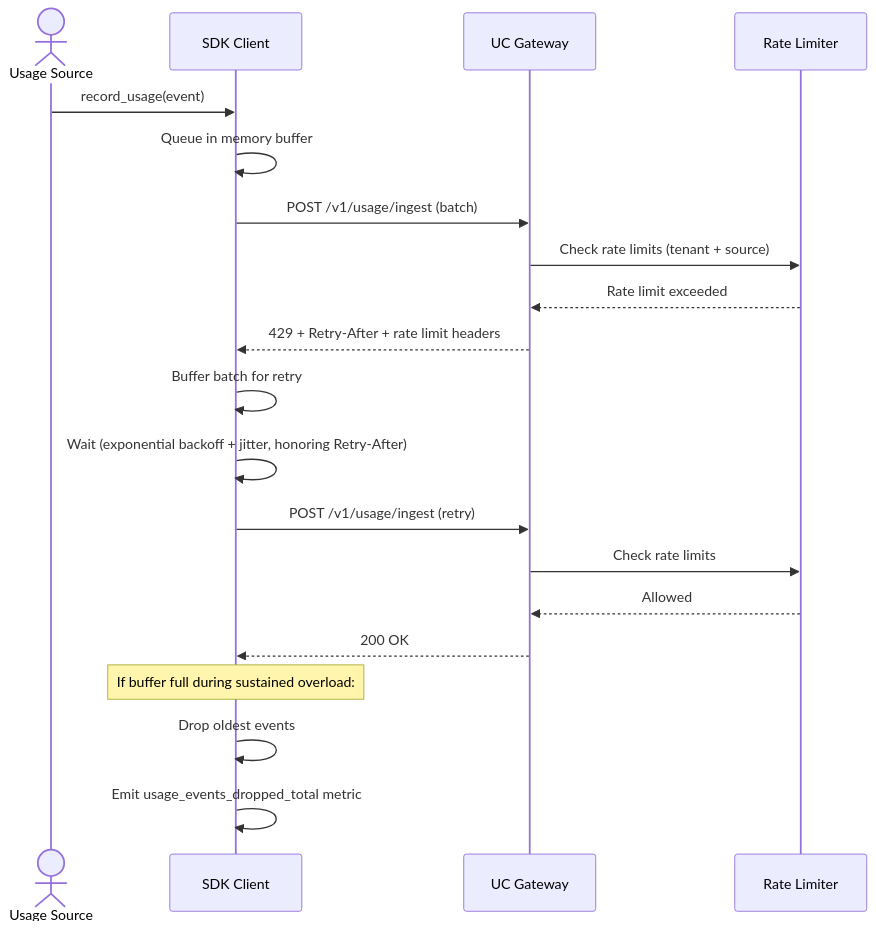
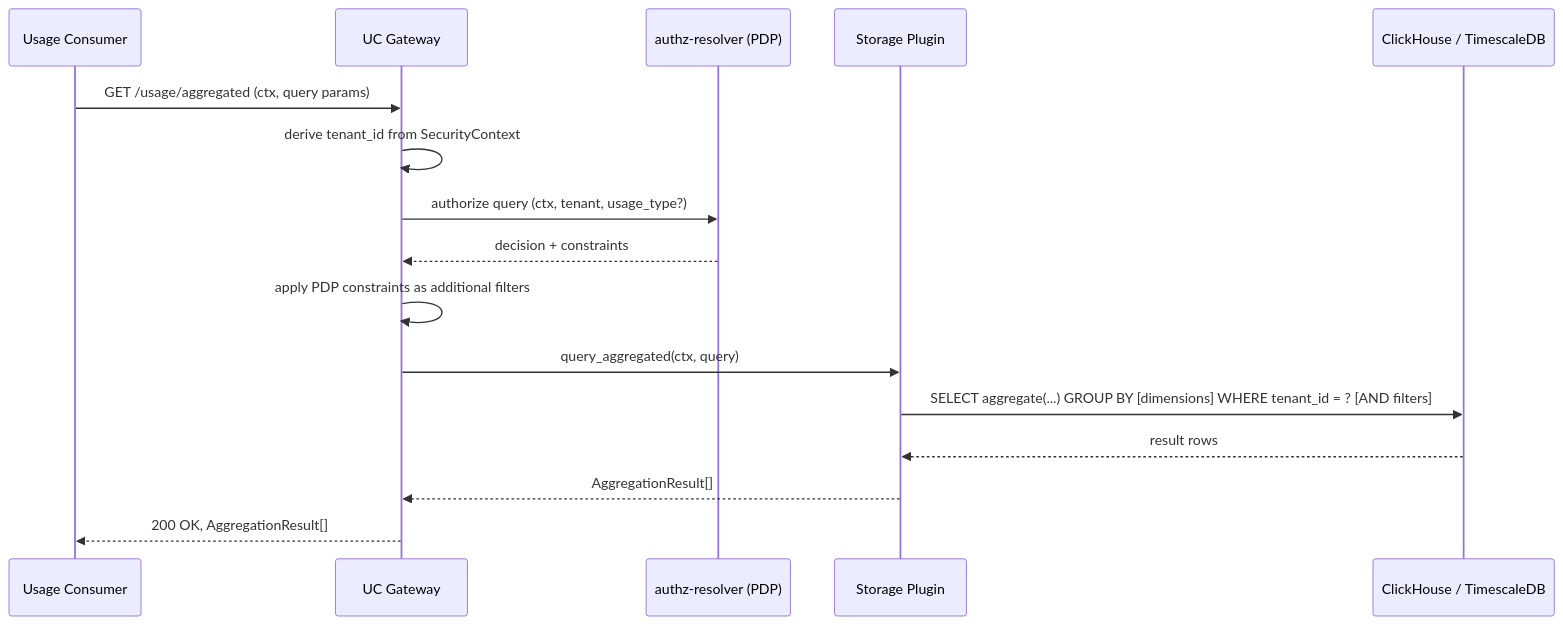
Before and after one commit to capybutler/cyberfabric-core: the third of 7 diagrams in modules/system/usage-collector/docs/DESIGN.md, drawn with Mermaid. The commit also changed other lines of this file and 5 other files, not shown here.

````diff
--- a/modules/system/usage-collector/docs/DESIGN.md
+++ b/modules/system/usage-collector/docs/DESIGN.md
@@ -421,25 +596,19 @@
 ```mermaid
 sequenceDiagram
-    actor Source as Usage Source
-    participant SDK as SDK Client
+    participant Consumer as Usage Consumer
     participant GW as UC Gateway
-    participant RL as Rate Limiter
+    participant PDP as authz-resolver (PDP)
+    participant Plugin as Storage Plugin
+    participant DB as ClickHouse / TimescaleDB
 
-    Source->>SDK: record_usage(event)
-    SDK->>SDK: Queue in memory buffer
-    SDK->>GW: POST /v1/usage/ingest (batch)
-    GW->>RL: Check rate limits (tenant + source)
-    RL-->>GW: Rate limit exceeded
-    GW-->>SDK: 429 + Retry-After + rate limit headers
-
-    SDK->>SDK: Buffer batch for retry
-    SDK->>SDK: Wait (exponential backoff + jitter, honoring Retry-After)
-    SDK->>GW: POST /v1/usage/ingest (retry)
-    GW->>RL: Check rate limits
-    RL-->>GW: Allowed
-    GW-->>SDK: 200 OK
-
-    Note over SDK: If buffer full during sustained overload:
-    SDK->>SDK: Drop oldest events
-    SDK->>SDK: Emit usage_events_dropped_total metric
+    Consumer->>GW: GET /usage/aggregated (ctx, query params)
+    GW->>GW: derive tenant_id from SecurityContext
+    GW->>PDP: authorize query (ctx, tenant, usage_type?)
+    PDP-->>GW: decision + constraints
+    GW->>GW: apply PDP constraints as additional filters
+    GW->>Plugin: query_aggregated(ctx, query)
+    Plugin->>DB: SELECT aggregate(...) GROUP BY [dimensions] WHERE tenant_id = ? [AND filters]
+    DB-->>Plugin: result rows
+    Plugin-->>GW: AggregationResult[]
+    GW-->>Consumer: 200 OK, AggregationResult[]
 ```
````
